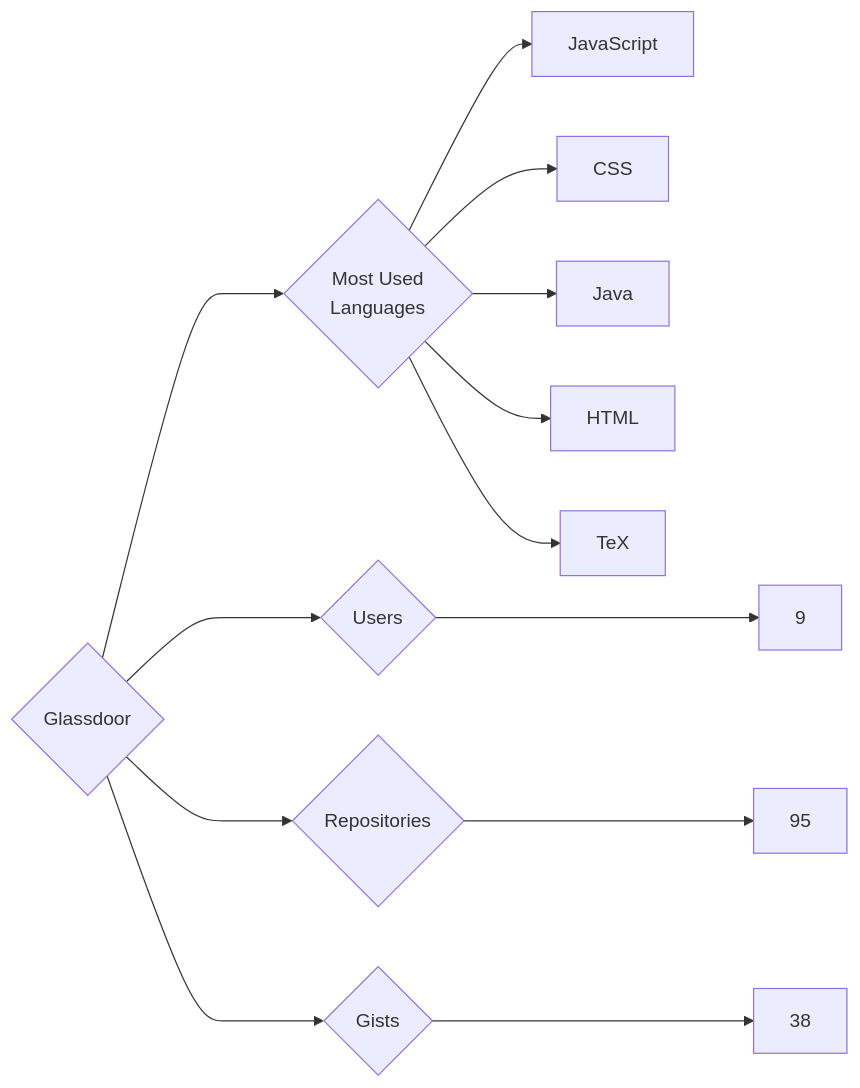
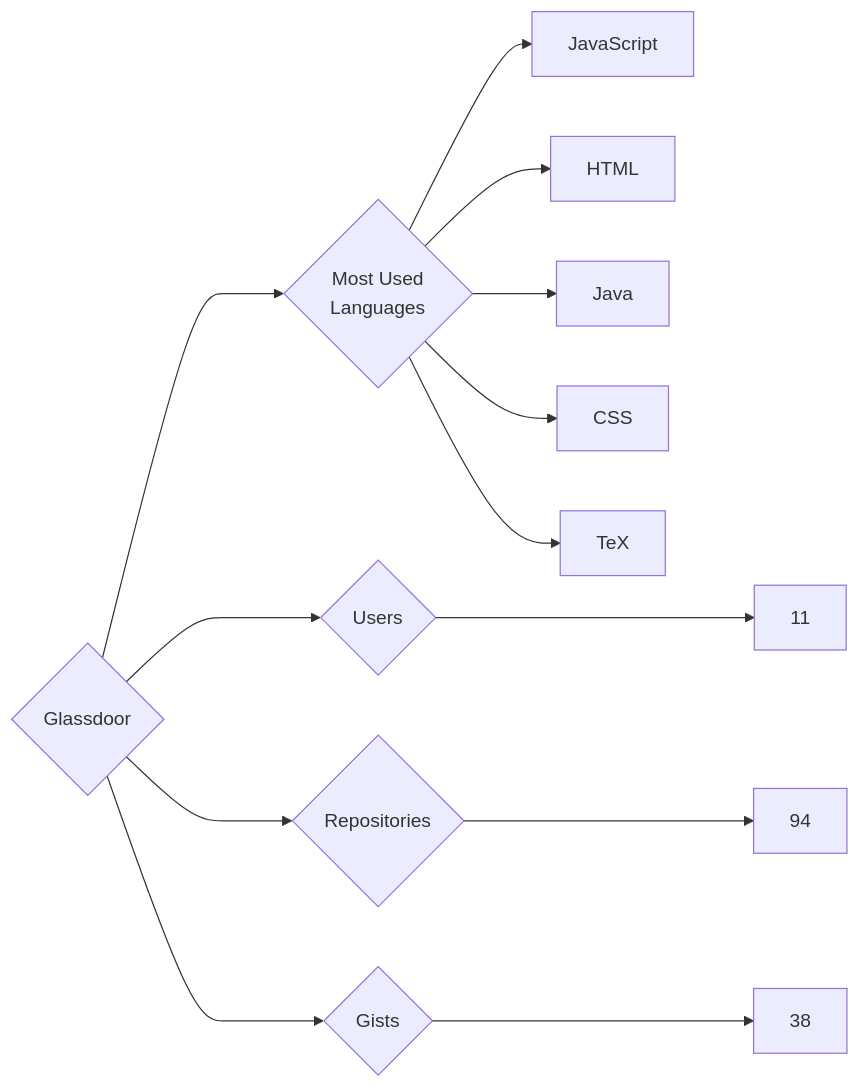
One commit to trickest/insiders changed the diagram in targets/Glassdoor/README.md. Above: the diagram before and after it, drawn with Mermaid. The commit also changed 899 other files, not shown here.

````diff
--- a/targets/Glassdoor/README.md
+++ b/targets/Glassdoor/README.md
@@ -3,13 +3,13 @@
 ```mermaid
 graph LR
 COMPANY_NAME{Glassdoor}
-COMPANY_NAME ---> U{Users} ---> UN[9]
-COMPANY_NAME ---> R{Repositories} ---> RN[95]
+COMPANY_NAME ---> U{Users} ---> UN[11]
+COMPANY_NAME ---> R{Repositories} ---> RN[94]
 COMPANY_NAME ---> G{Gists} ---> GN[38]
 COMPANY_NAME ---> ML{Most Used<br>Languages}
 ML --> JavaScript[JavaScript]
+ML --> HTML[HTML]
+ML --> Java[Java]
 ML --> CSS[CSS]
-ML --> Java[Java]
-ML --> HTML[HTML]
 ML --> TeX[TeX]
 ```
````
